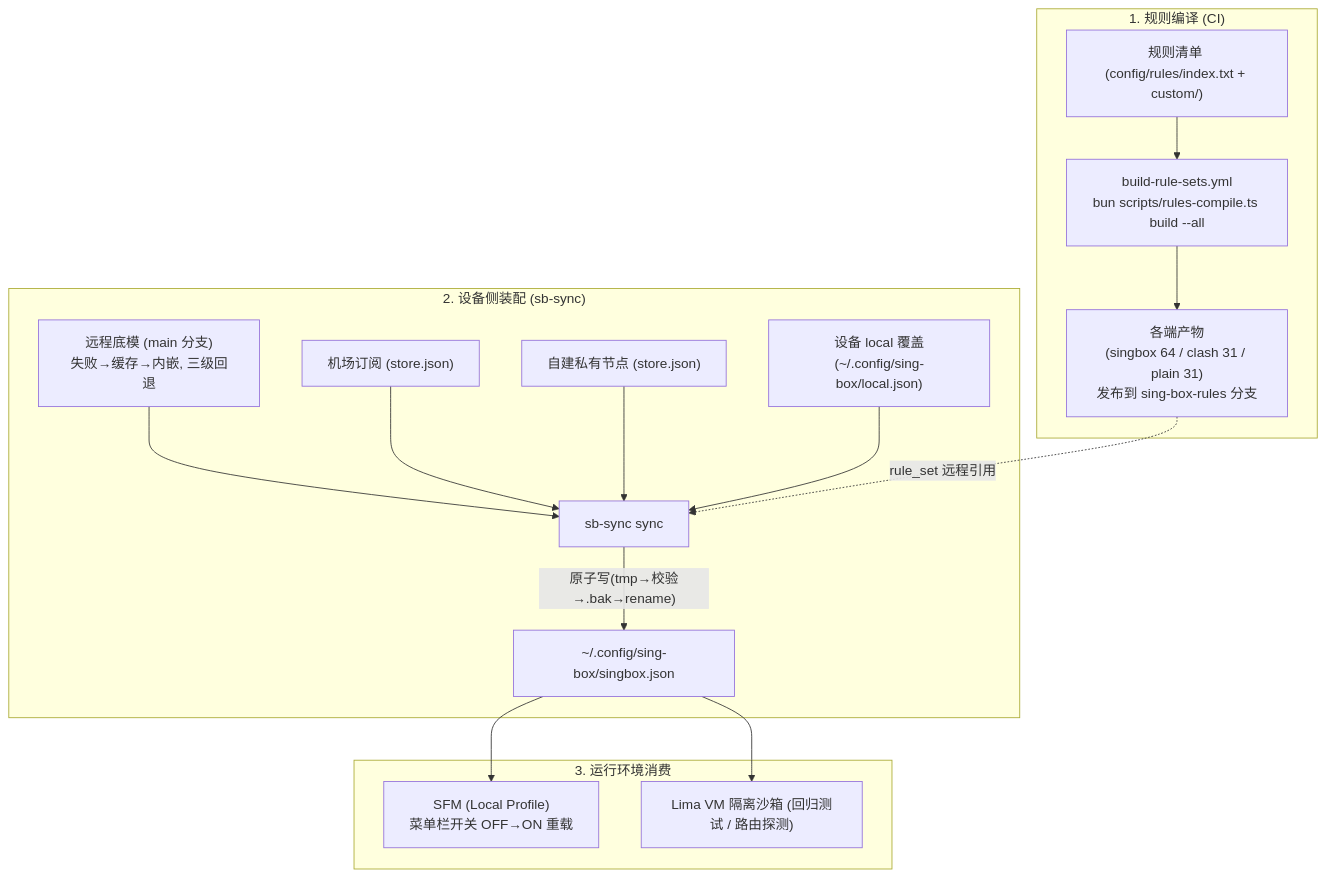
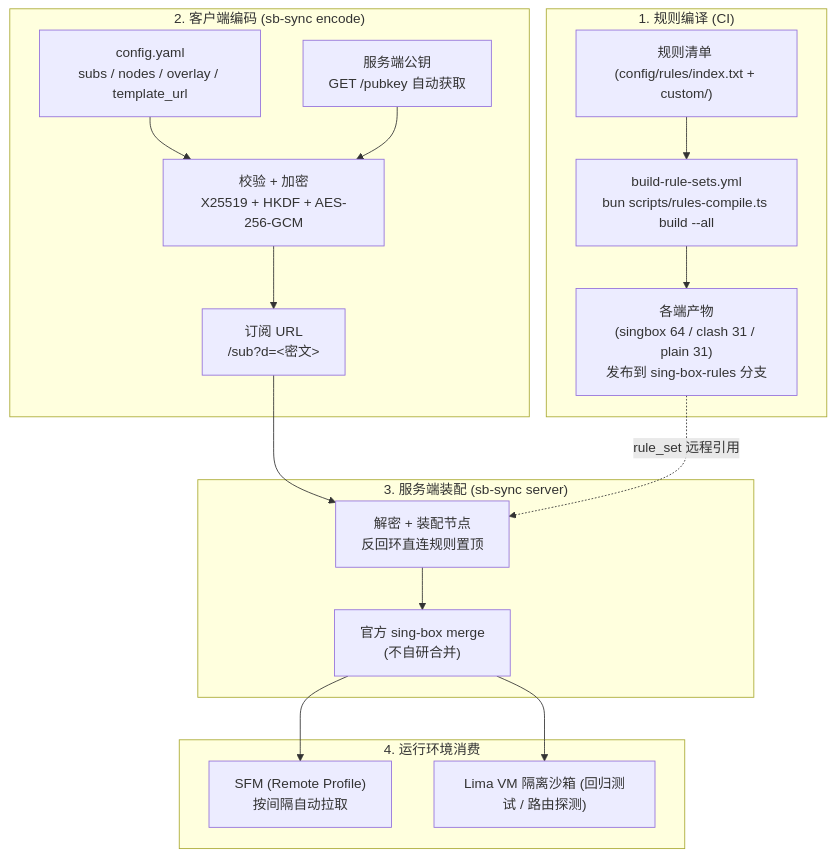
Before and after one commit to shelken/proxy: the first of 3 diagrams in docs/ARCH.md, drawn with Mermaid. The commit also changed other lines of this file and 29 other files, not shown here.

````diff
--- a/docs/ARCH.md
+++ b/docs/ARCH.md
@@ -19,21 +21,24 @@
 ```mermaid
 flowchart TD
     subgraph S1 ["1. 规则编译 (CI)"]
         R_SRC["规则清单 (config/rules/index.txt + custom/)"] --> GHA["build-rule-sets.yml\nbun scripts/rules-compile.ts build --all"]
         GHA --> R_BIN["各端产物\n(singbox 64 / clash 31 / plain 31)\n发布到 sing-box-rules 分支"]
     end
 
-    subgraph S2 ["2. 设备侧装配 (sb-sync)"]
-        TPL_R["远程底模 (main 分支)\n失败→缓存→内嵌, 三级回退"] --> ASM["sb-sync sync"]
-        SUB["机场订阅 (store.json)"] --> ASM
-        NODE["自建私有节点 (store.json)"] --> ASM
-        LOCAL["设备 local 覆盖\n(~/.config/sing-box/local.json)"] --> ASM
-        R_BIN -.->|rule_set 远程引用| ASM
-        ASM -->|"原子写(tmp→校验→.bak→rename)"| CFG["~/.config/sing-box/singbox.json"]
+    subgraph S2 ["2. 客户端编码 (sb-sync encode)"]
+        YAML["config.yaml\nsubs / nodes / overlay / template_url"] --> ENC["校验 + 加密\nX25519 + HKDF + AES-256-GCM"]
+        PK["服务端公钥\nGET /pubkey 自动获取"] --> ENC
+        ENC --> URL["订阅 URL\n/sub?d=&lt;密文&gt;"]
     end
 
-    subgraph S3 ["3. 运行环境消费"]
-        CFG --> SFM["SFM (Local Profile)\n菜单栏开关 OFF→ON 重载"]
-        CFG --> SANDBOX["Lima VM 隔离沙箱 (回归测试 / 路由探测)"]
+    subgraph S3 ["3. 服务端装配 (sb-sync server)"]
+        URL --> SRV["解密 + 装配节点\n反回环直连规则置顶"]
+        SRV --> MG["官方 sing-box merge\n(不自研合并)"]
+        R_BIN -.->|rule_set 远程引用| SRV
+    end
+
+    subgraph S4 ["4. 运行环境消费"]
+        MG --> SFM["SFM (Remote Profile)\n按间隔自动拉取"]
+        MG --> SANDBOX["Lima VM 隔离沙箱 (回归测试 / 路由探测)"]
     end
 ```
````
